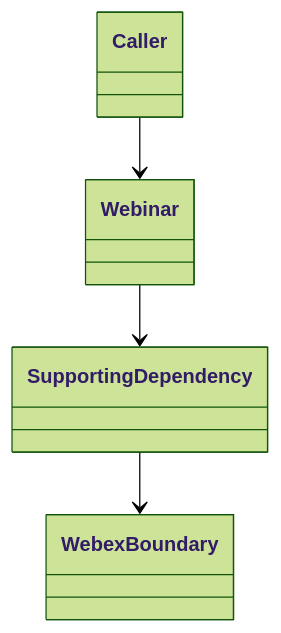
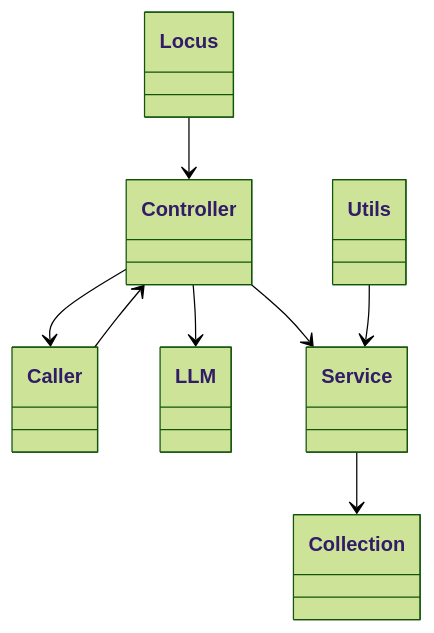
Before and after one commit to webex/webex-js-sdk: the fourth of 5 diagrams in packages/@webex/plugin-meetings/src/webinar/ai-docs/webinar-spec.md, drawn with Mermaid (forest theme). The commit also changed other lines of this file and 26 other files, not shown here.

````diff
--- a/packages/@webex/plugin-meetings/src/webinar/ai-docs/webinar-spec.md
+++ b/packages/@webex/plugin-meetings/src/webinar/ai-docs/webinar-spec.md
@@ -145,10 +155,17 @@
 ```mermaid
 classDiagram
+  class Locus
+  class Controller
   class Caller
-  class Webinar
-  class SupportingDependency
-  class WebexBoundary
-  Caller --> Webinar
-  Webinar --> SupportingDependency
-  SupportingDependency --> WebexBoundary
+  class LLM
+  class Service
+  class Collection
+  class Utils
+  Locus --> Controller
+  Caller --> Controller
+  Controller --> LLM
+  Controller --> Service
+  Service --> Collection
+  Utils --> Service
+  Controller --> Caller
 ```
````
